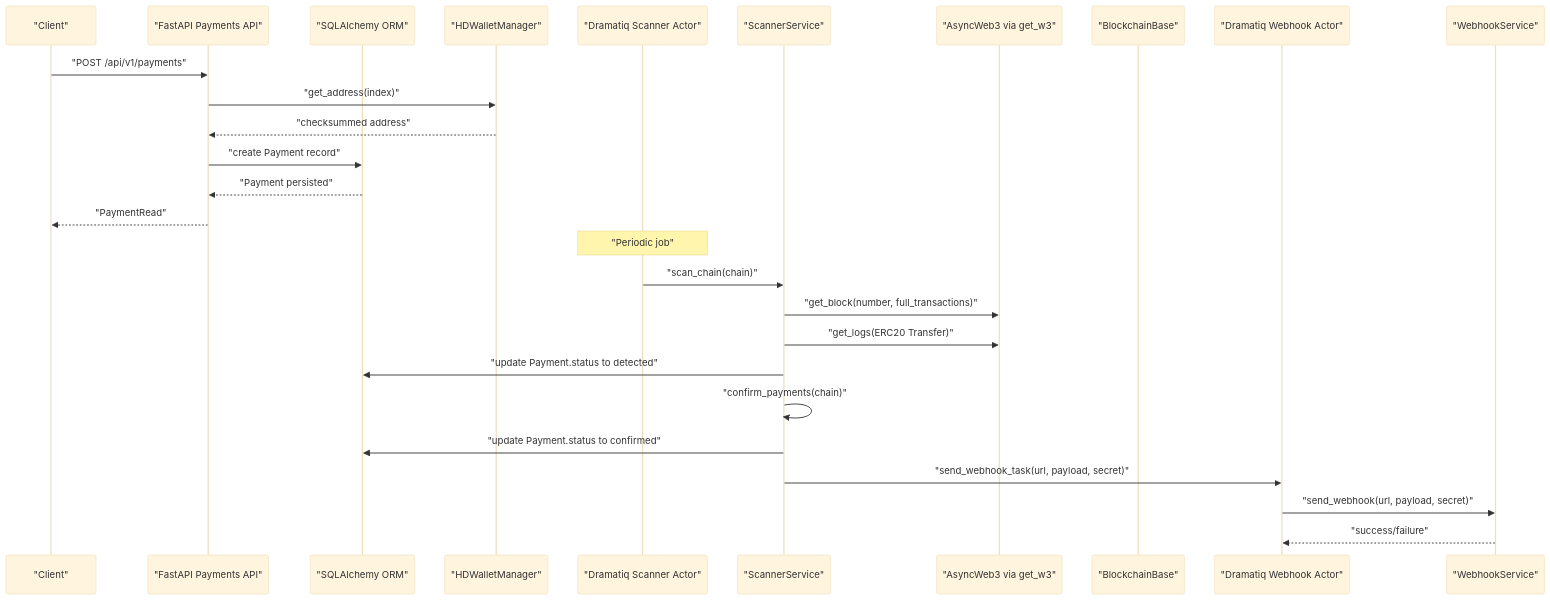
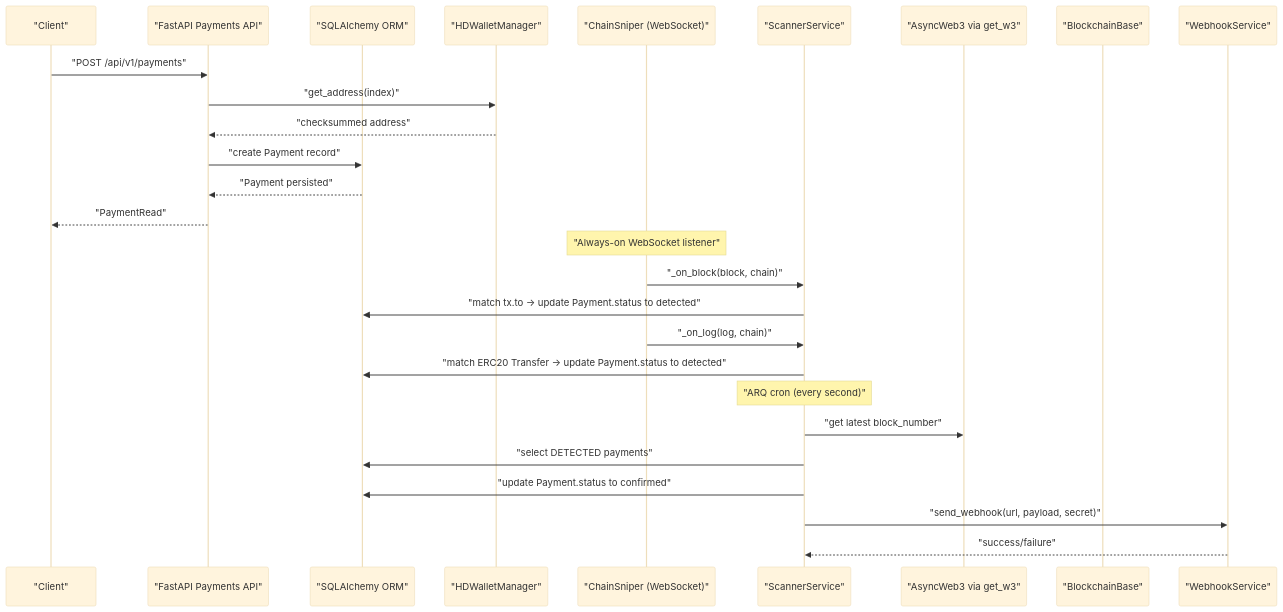
Before and after one commit to rakibhossain72/ctrip-docs: the second of 8 diagrams in docs/core-services/core-services.md, drawn with Mermaid (base theme). The commit also changed other lines of this file and 25 other files, not shown here.

First line of the commit message:
docs: Update documentation to reflect ARQ task migration from Dramatiq

````diff
--- a/docs/core-services/core-services.md
+++ b/docs/core-services/core-services.md
@@ -149,29 +159,29 @@
 ```mermaid
 sequenceDiagram
 participant Client as "Client"
 participant API as "FastAPI Payments API"
 participant DB as "SQLAlchemy ORM"
 participant HD as "HDWalletManager"
-participant Listener as "Dramatiq Scanner Actor"
+participant Sniper as "ChainSniper (WebSocket)"
 participant Scanner as "ScannerService"
 participant W3 as "AsyncWeb3 via get_w3"
 participant Chain as "BlockchainBase"
-participant WebhookActor as "Dramatiq Webhook Actor"
 participant WebhookSvc as "WebhookService"
 Client->>API : "POST /api/v1/payments"
 API->>HD : "get_address(index)"
 HD-->>API : "checksummed address"
 API->>DB : "create Payment record"
 DB-->>API : "Payment persisted"
 API-->>Client : "PaymentRead"
-Note over Listener : "Periodic job"
-Listener->>Scanner : "scan_chain(chain)"
-Scanner->>W3 : "get_block(number, full_transactions)"
-Scanner->>W3 : "get_logs(ERC20 Transfer)"
-Scanner->>DB : "update Payment.status to detected"
-Scanner->>Scanner : "confirm_payments(chain)"
+Note over Sniper : "Always-on WebSocket listener"
+Sniper->>Scanner : "_on_block(block, chain)"
+Scanner->>DB : "match tx.to → update Payment.status to detected"
+Sniper->>Scanner : "_on_log(log, chain)"
+Scanner->>DB : "match ERC20 Transfer → update Payment.status to detected"
+Note over Scanner : "ARQ cron (every second)"
+Scanner->>W3 : "get latest block_number"
+Scanner->>DB : "select DETECTED payments"
 Scanner->>DB : "update Payment.status to confirmed"
-Scanner->>WebhookActor : "send_webhook_task(url, payload, secret)"
-WebhookActor->>WebhookSvc : "send_webhook(url, payload, secret)"
-WebhookSvc-->>WebhookActor : "success/failure"
+Scanner->>WebhookSvc : "send_webhook(url, payload, secret)"
+WebhookSvc-->>Scanner : "success/failure"
 ```
````
